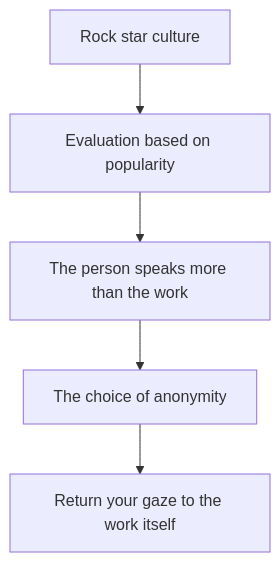
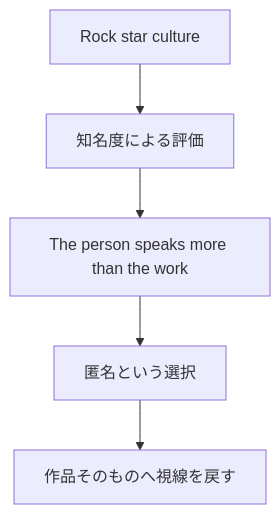
The second of 17 diagrams in en/_posts/2026-07-06-column-angine-de-poitrine-the-residents.md (monumental-movement/monumental-movement.github.io), drawn with Mermaid before and after one commit. The commit also changed other lines of this file and 2196 other files, not shown here.

```diff
--- a/en/_posts/2026-07-06-column-angine-de-poitrine-the-residents.md
+++ b/en/_posts/2026-07-06-column-angine-de-poitrine-the-residents.md
@@ -245,14 +244,14 @@
 <div class="mermaid">
 flowchart TD
 
 A["Rock star culture"]
-B["Evaluation based on popularity"]
+B["知名度による評価"]
 C["The person speaks more than the work"]
-D["The choice of anonymity"]
-E["Return your gaze to the work itself"]
+D["匿名という選択"]
+E["作品そのものへ視線を戻す"]
 
 A --> B
 B --> C
 C --> D
 D --> E
 </div>
```
